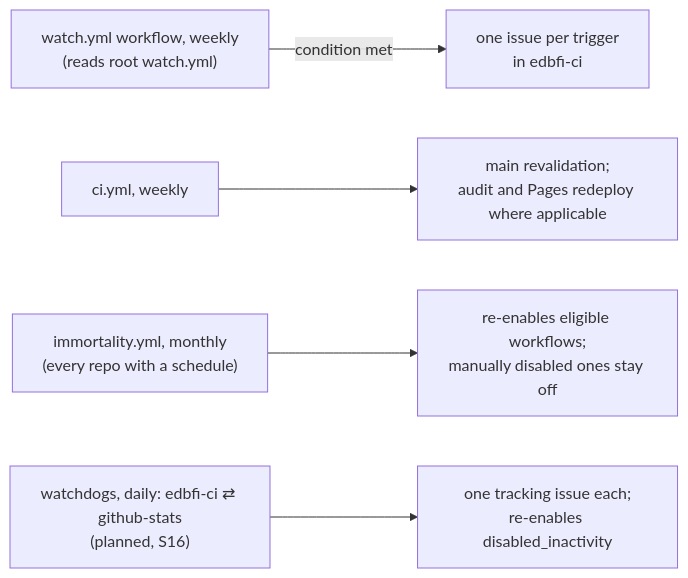
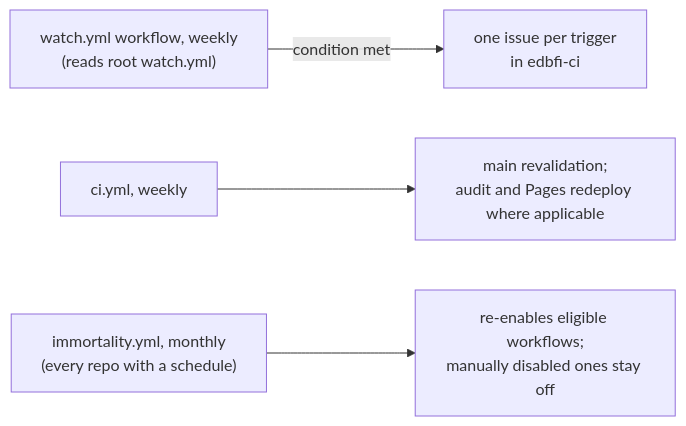
The second of 3 diagrams in README.md (edbfi/edbfi-ci), drawn with Mermaid before and after one commit. The commit also changed other lines of this file and 4 other files, not shown here.

````diff
--- a/README.md
+++ b/README.md
@@ -52,7 +52,6 @@
 ```mermaid
 flowchart LR
   w["watch.yml workflow, weekly<br/>(reads root watch.yml)"] -->|condition met| iss["one issue per trigger<br/>in edbfi-ci"]
   sched["ci.yml, weekly"] --> aud["main revalidation;<br/>audit and Pages redeploy where applicable"]
   imm["immortality.yml, monthly<br/>(every repo with a schedule)"] --> reen["re-enables eligible workflows;<br/>manually disabled ones stay off"]
-  wd["watchdogs, daily: edbfi-ci ⇄ github-stats<br/>(planned, S16)"] --> trk["one tracking issue each;<br/>re-enables disabled_inactivity"]
 ```
````
